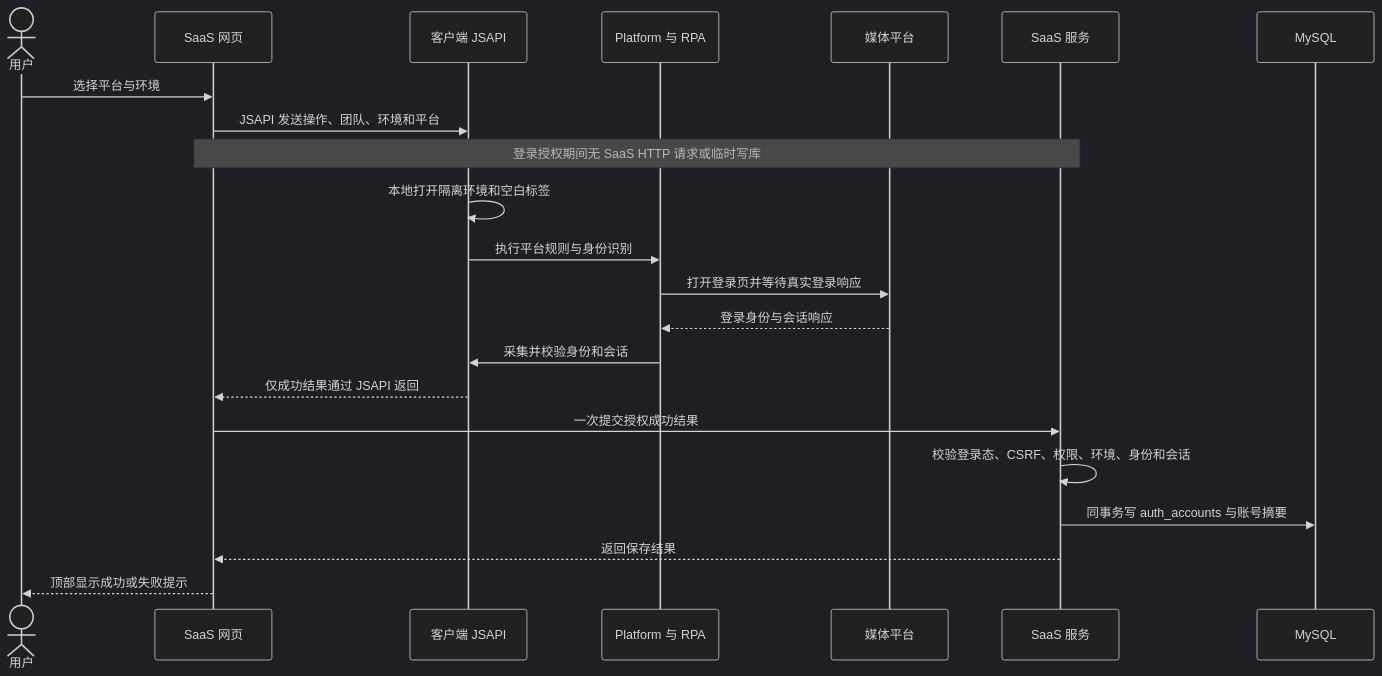
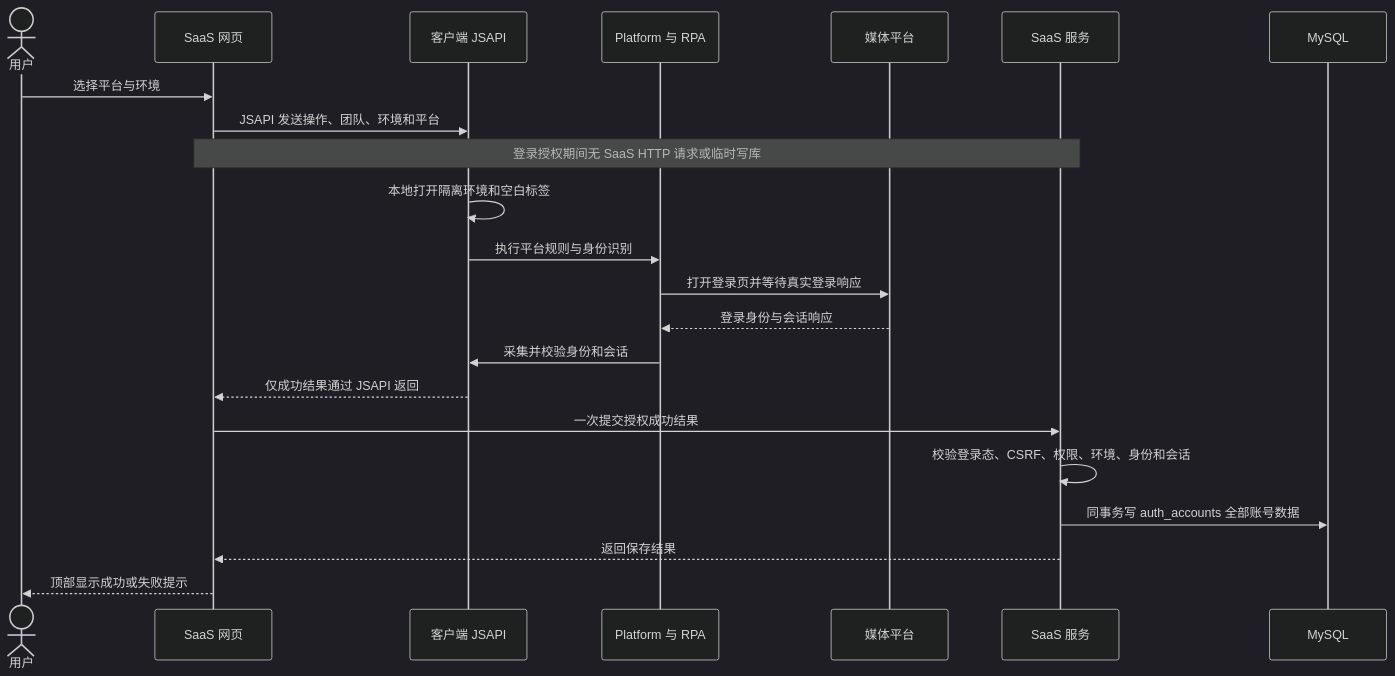
The fourth of 5 diagrams in docs/项目关系与开发流程.md (gplwzz1989/electron.fingerprint), drawn with Mermaid (dark theme) before and after one commit. The commit also changed 10 other files, not shown here.

Commit message:
refactor: 将媒体账号数据统一存入 auth_accounts

````diff
--- a/docs/项目关系与开发流程.md
+++ b/docs/项目关系与开发流程.md
@@ -85,24 +85,24 @@
 ```mermaid
 sequenceDiagram
     actor 用户
     participant 网页 as SaaS 网页
     participant 客户端 as 客户端 JSAPI
     participant 能力 as Platform 与 RPA
     participant 平台 as 媒体平台
     participant 服务 as SaaS 服务
     participant 数据 as MySQL
     用户->>网页: 选择平台与环境
     网页->>客户端: JSAPI 发送操作、团队、环境和平台
     Note over 网页,服务: 登录授权期间无 SaaS HTTP 请求或临时写库
     客户端->>客户端: 本地打开隔离环境和空白标签
     客户端->>能力: 执行平台规则与身份识别
     能力->>平台: 打开登录页并等待真实登录响应
     平台-->>能力: 登录身份与会话响应
     能力->>客户端: 采集并校验身份和会话
     客户端-->>网页: 仅成功结果通过 JSAPI 返回
     网页->>服务: 一次提交授权成功结果
     服务->>服务: 校验登录态、CSRF、权限、环境、身份和会话
-    服务->>数据: 同事务写 auth_accounts 与账号摘要
+    服务->>数据: 同事务写 auth_accounts 全部账号数据
     服务-->>网页: 返回保存结果
     网页-->>用户: 顶部显示成功或失败提示
 ```
````
